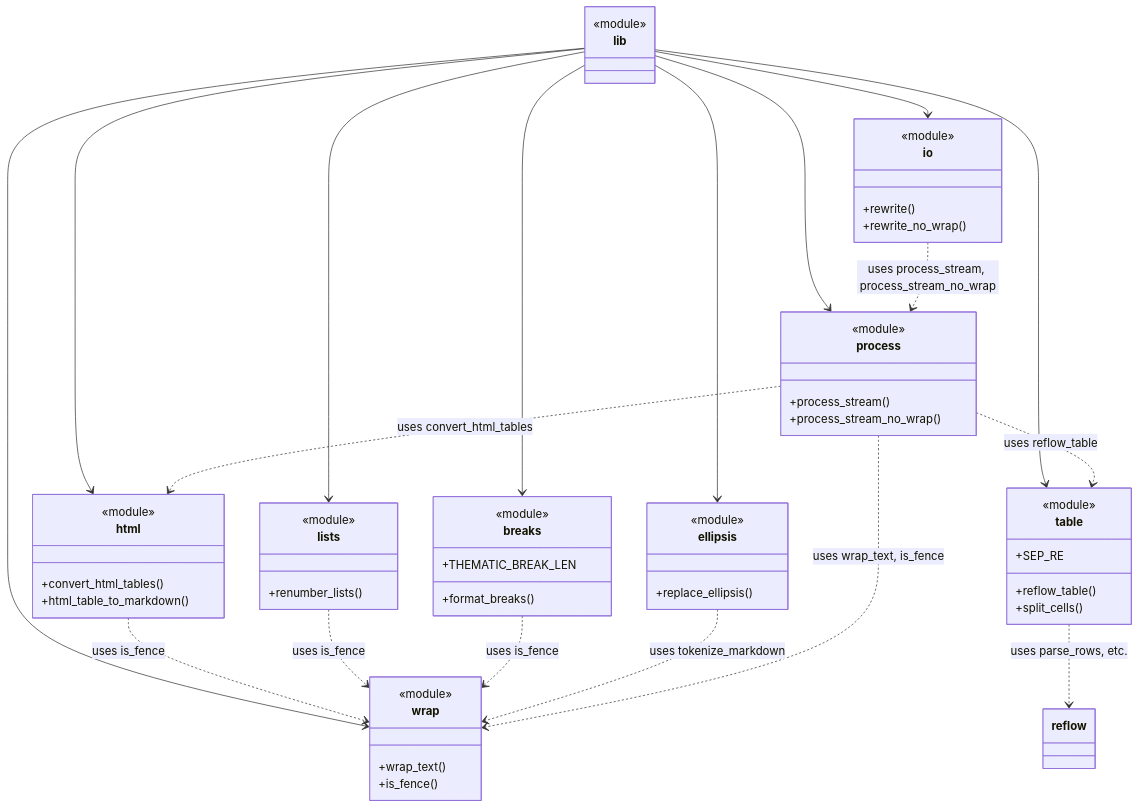
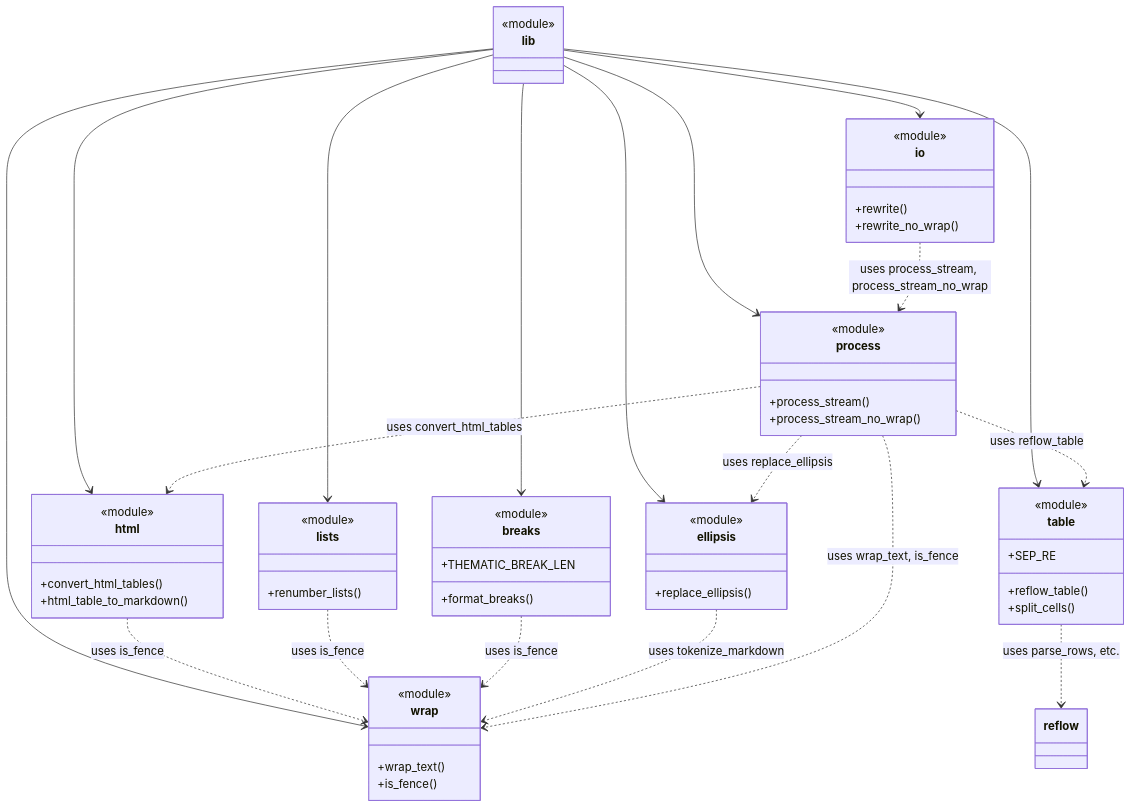
The diagram in docs/module-relationships.md (leynos/mdtablefix), drawn with Mermaid before and after one commit. The commit also changed other lines of this file and 7 other files, not shown here.

````diff
--- a/docs/module-relationships.md
+++ b/docs/module-relationships.md
@@ -5,62 +5,63 @@
 ```mermaid
 classDiagram
     class lib {
         <<module>>
     }
     class html {
         <<module>>
         +convert_html_tables()
         +html_table_to_markdown()
     }
     class table {
         <<module>>
         +reflow_table()
         +split_cells()
         +SEP_RE
     }
     class wrap {
         <<module>>
         +wrap_text()
         +is_fence()
     }
     class lists {
         <<module>>
         +renumber_lists()
     }
     class breaks {
         <<module>>
         +format_breaks()
         +THEMATIC_BREAK_LEN
     }
     class ellipsis {
         <<module>>
         +replace_ellipsis()
     }
     class process {
         <<module>>
         +process_stream()
         +process_stream_no_wrap()
     }
     class io {
         <<module>>
         +rewrite()
         +rewrite_no_wrap()
     }
     lib --> html
     lib --> table
     lib --> wrap
     lib --> lists
     lib --> breaks
     lib --> ellipsis
     lib --> process
     lib --> io
     html ..> wrap : uses is_fence
     table ..> reflow : uses parse_rows, etc.
     lists ..> wrap : uses is_fence
     breaks ..> wrap : uses is_fence
     ellipsis ..> wrap : uses tokenize_markdown
     process ..> html : uses convert_html_tables
     process ..> table : uses reflow_table
     process ..> wrap : uses wrap_text, is_fence
+    process ..> ellipsis : uses replace_ellipsis
     io ..> process : uses process_stream, process_stream_no_wrap
 ```
````
